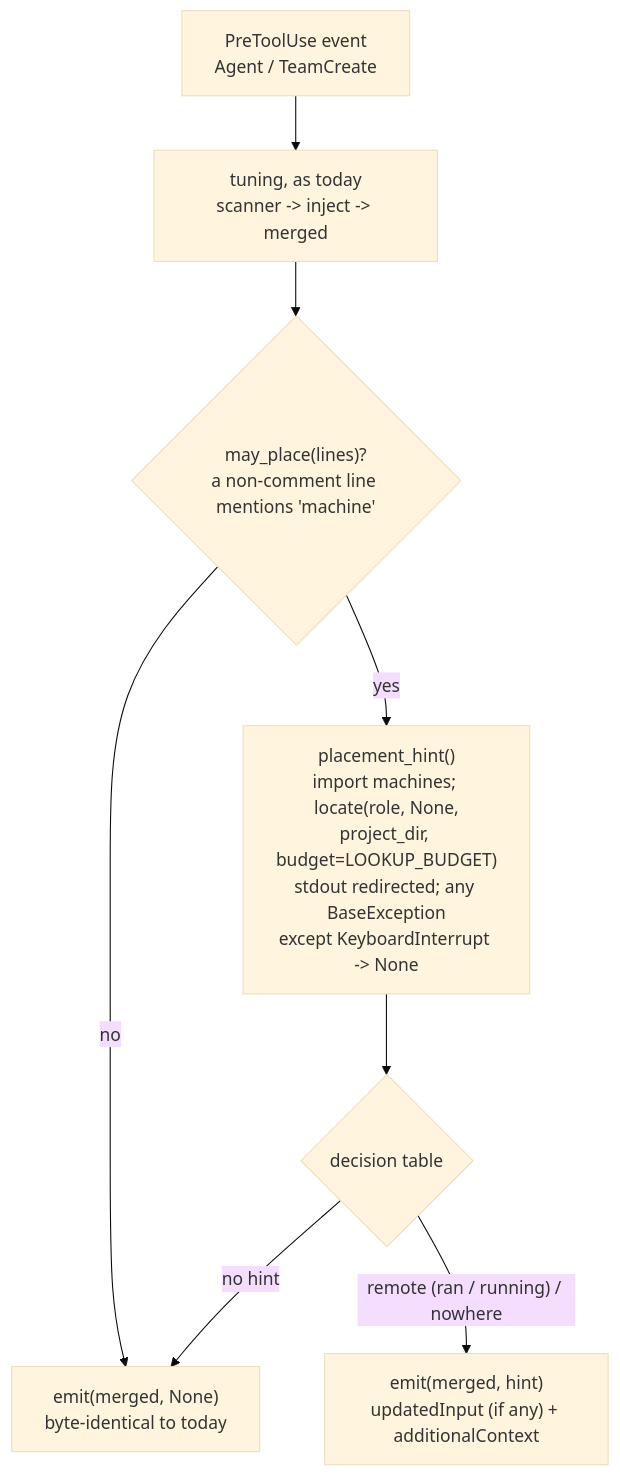
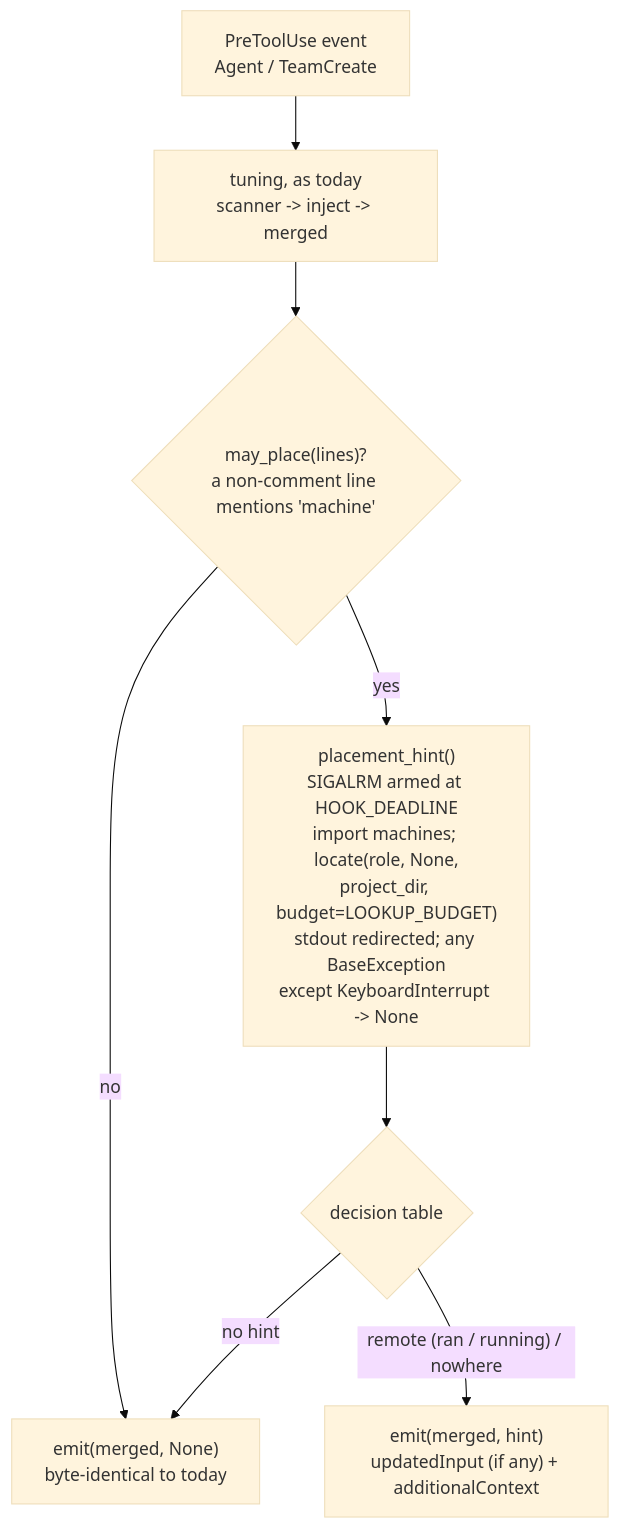
One commit to pattern-stack/claudecode-patterns changed the diagram in .ai-docs/stacks/machines/specs/138.md. Above: the diagram before and after it, drawn with Mermaid (base theme). The commit also changed other lines of this file, not shown here.

````diff
--- a/.ai-docs/stacks/machines/specs/138.md
+++ b/.ai-docs/stacks/machines/specs/138.md
@@ -142,10 +163,10 @@
 ```mermaid
 flowchart TD
   E["PreToolUse event<br/>Agent / TeamCreate"] --> T["tuning, as today<br/>scanner -> inject -> merged"]
   T --> G{"may_place(lines)?<br/>a non-comment line mentions 'machine'"}
   G -- no --> O["emit(merged, None)<br/>byte-identical to today"]
-  G -- yes --> L["placement_hint()<br/>import machines; locate(role, None,<br/>project_dir, budget=LOOKUP_BUDGET)<br/>stdout redirected; any BaseException<br/>except KeyboardInterrupt -> None"]
+  G -- yes --> L["placement_hint()<br/>SIGALRM armed at HOOK_DEADLINE<br/>import machines; locate(role, None,<br/>project_dir, budget=LOOKUP_BUDGET)<br/>stdout redirected; any BaseException<br/>except KeyboardInterrupt -> None"]
   L --> D{"decision table"}
   D -- "no hint" --> O
   D -- "remote (ran / running) / nowhere" --> H["emit(merged, hint)<br/>updatedInput (if any) + additionalContext"]
 ```
````
